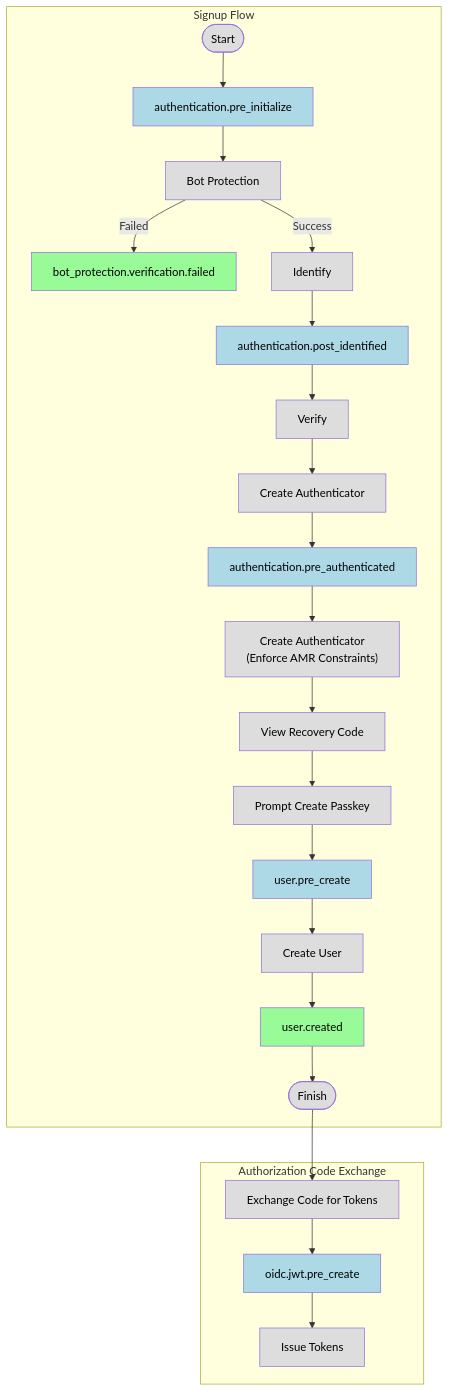
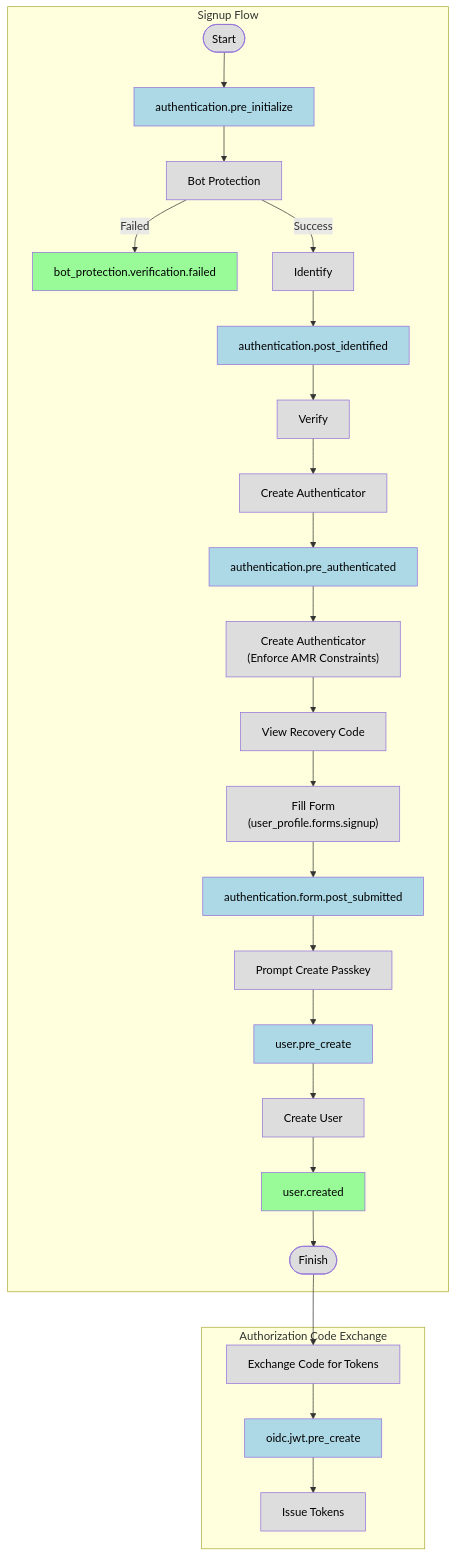
The second of 3 diagrams in docs/specs/event.md (authgear/authgear-server), drawn with Mermaid before and after one commit. The commit also changed other lines of this file, not shown here.

Commit message:
doc: List all blocking events and show forms in trigger point diagrams

````diff
--- a/docs/specs/event.md
+++ b/docs/specs/event.md
@@ -1526,36 +1534,38 @@
 ```mermaid
 flowchart TD
     subgraph "Signup Flow"
         Start([Start])
         Start --> AuthenticationPreInitialize[authentication.pre_initialize]
         AuthenticationPreInitialize --> BotProtection[Bot Protection]
         BotProtection -- "Failed" --> BotProtectionVerificationFailed[bot_protection.verification.failed]
         BotProtection -- "Success" --> Identify[Identify]
         Identify --> AuthenticationPostIdentified[authentication.post_identified]
         AuthenticationPostIdentified --> Verify[Verify]
         Verify --> CreateAuthenticator[Create Authenticator]
         CreateAuthenticator --> AuthenticationPreAuthenticated[authentication.pre_authenticated]
         AuthenticationPreAuthenticated --> CreateAuthenticatorAdaptive["Create Authenticator<br>(Enforce AMR Constraints)"]
         CreateAuthenticatorAdaptive --> ViewRecoveryCode[View Recovery Code]
-        ViewRecoveryCode --> PromptCreatePasskey[Prompt Create Passkey]
+        ViewRecoveryCode --> FillForm["Fill Form<br>(user_profile.forms.signup)"]
+        FillForm --> AuthenticationFormPostSubmitted[authentication.form.post_submitted]
+        AuthenticationFormPostSubmitted --> PromptCreatePasskey[Prompt Create Passkey]
         PromptCreatePasskey --> UserPreCreate[user.pre_create]
         UserPreCreate --> CreateUser[Create User]
         CreateUser --> UserCreated[user.created]
         UserCreated --> FinishSignup([Finish])
     end
 
     subgraph "Authorization Code Exchange"
         ExchangeCode[Exchange Code for Tokens]
         ExchangeCode --> OIDCJWTPreCreate[oidc.jwt.pre_create]
         OIDCJWTPreCreate --> IssueTokens[Issue Tokens]
     end
 
     FinishSignup --> ExchangeCode
 
     classDef event fill:#98FB98,color:#000000
     classDef blockingEvent fill:#ADD8E6,color:#000000
     classDef processNode fill:#dddddd,color:#000000
     class BotProtectionVerificationFailed,UserCreated event
-    class AuthenticationPreInitialize,AuthenticationPostIdentified,AuthenticationPreAuthenticated,UserPreCreate,OIDCJWTPreCreate blockingEvent
-    class Start,BotProtection,Identify,Verify,CreateAuthenticator,ViewRecoveryCode,PromptCreatePasskey,CreateAuthenticatorAdaptive,CreateUser,FinishSignup,ExchangeCode,IssueTokens processNode
+    class AuthenticationPreInitialize,AuthenticationPostIdentified,AuthenticationPreAuthenticated,AuthenticationFormPostSubmitted,UserPreCreate,OIDCJWTPreCreate blockingEvent
+    class Start,BotProtection,Identify,Verify,CreateAuthenticator,ViewRecoveryCode,FillForm,PromptCreatePasskey,CreateAuthenticatorAdaptive,CreateUser,FinishSignup,ExchangeCode,IssueTokens processNode
 ```
````
